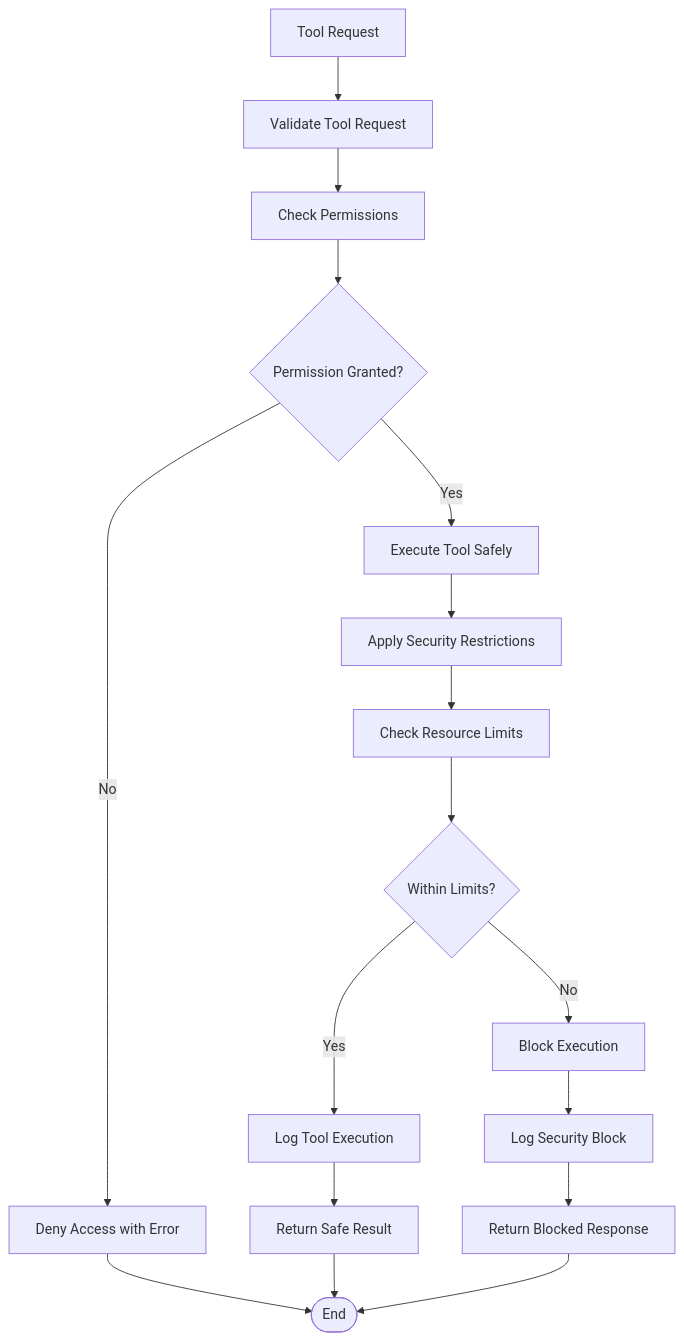
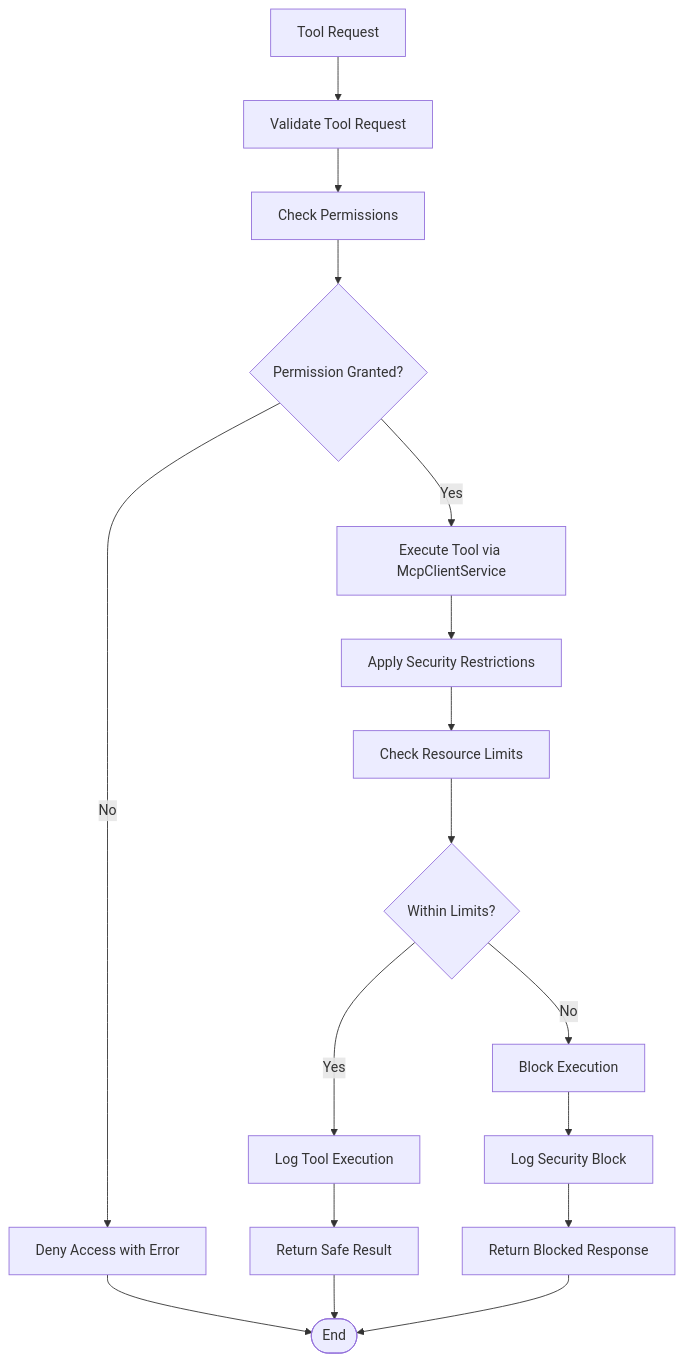
Diagram 20 of 20 in .qoder/repowiki/en/content/AI Integration System/Agent System/DevBot AI Agent System.md (siimliimand/laravel-assistant), drawn with Mermaid before and after one commit. The commit also changed other lines of this file and 7 other files, not shown here.

First line of the commit message:
feat(mcp-client): integrate MCP protocol client service for DevBot AI agent tools

````diff
--- a/.qoder/repowiki/en/content/AI Integration System/Agent System/DevBot AI Agent System.md
+++ b/.qoder/repowiki/en/content/AI Integration System/Agent System/DevBot AI Agent System.md
@@ -687,19 +823,19 @@
 ```mermaid
 flowchart TD
 ToolRequest[Tool Request] --> ValidateRequest["Validate Tool Request"]
 ValidateRequest --> CheckPermissions["Check Permissions"]
 CheckPermissions --> PermissionGranted{"Permission Granted?"}
 PermissionGranted --> |No| DenyAccess["Deny Access with Error"]
-PermissionGranted --> |Yes| ExecuteTool["Execute Tool Safely"]
+PermissionGranted --> |Yes| ExecuteTool["Execute Tool via McpClientService"]
 ExecuteTool --> ApplySecurity["Apply Security Restrictions"]
 ApplySecurity --> CheckLimits["Check Resource Limits"]
 CheckLimits --> LimitsOK{"Within Limits?"}
 LimitsOK --> |No| BlockExecution["Block Execution"]
 LimitsOK --> |Yes| LogExecution["Log Tool Execution"]
 LogExecution --> ReturnResult["Return Safe Result"]
 BlockExecution --> LogBlock["Log Security Block"]
 LogBlock --> ReturnBlocked["Return Blocked Response"]
 DenyAccess --> End([End])
 ReturnResult --> End
 ReturnBlocked --> End
 ```
````
